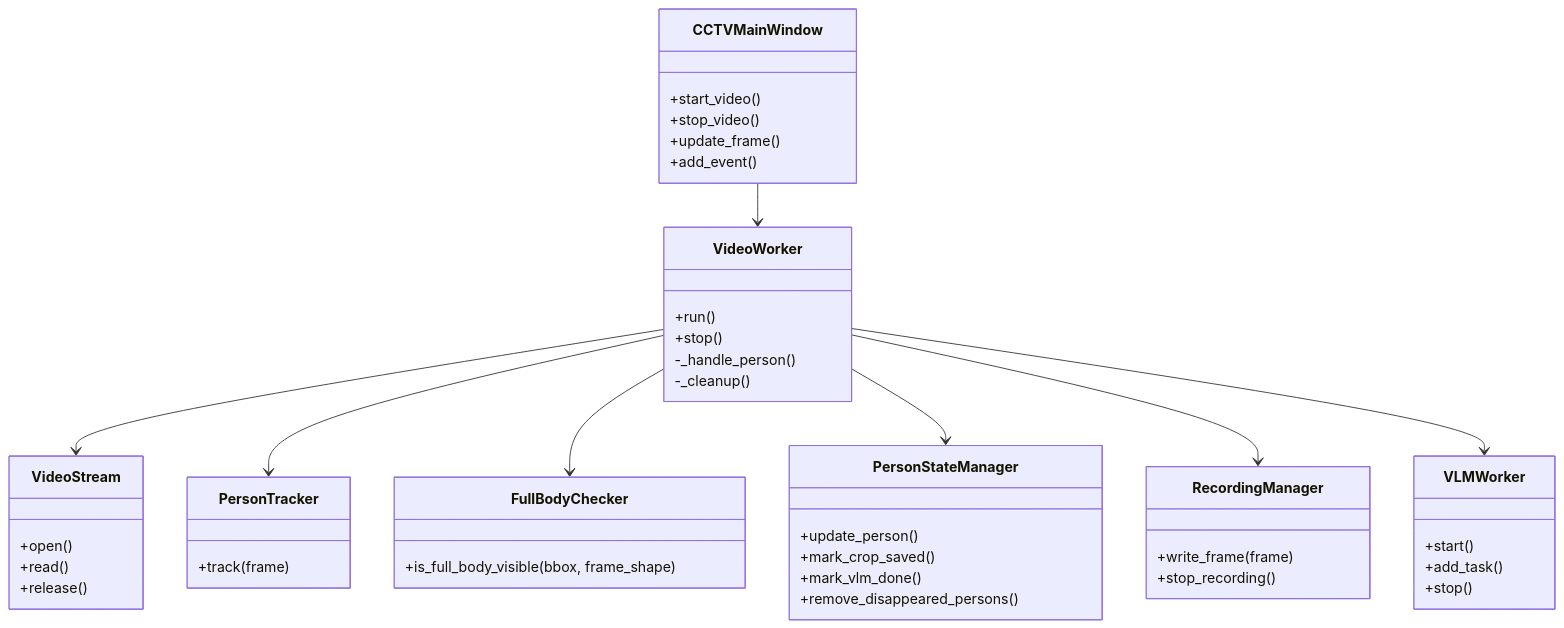
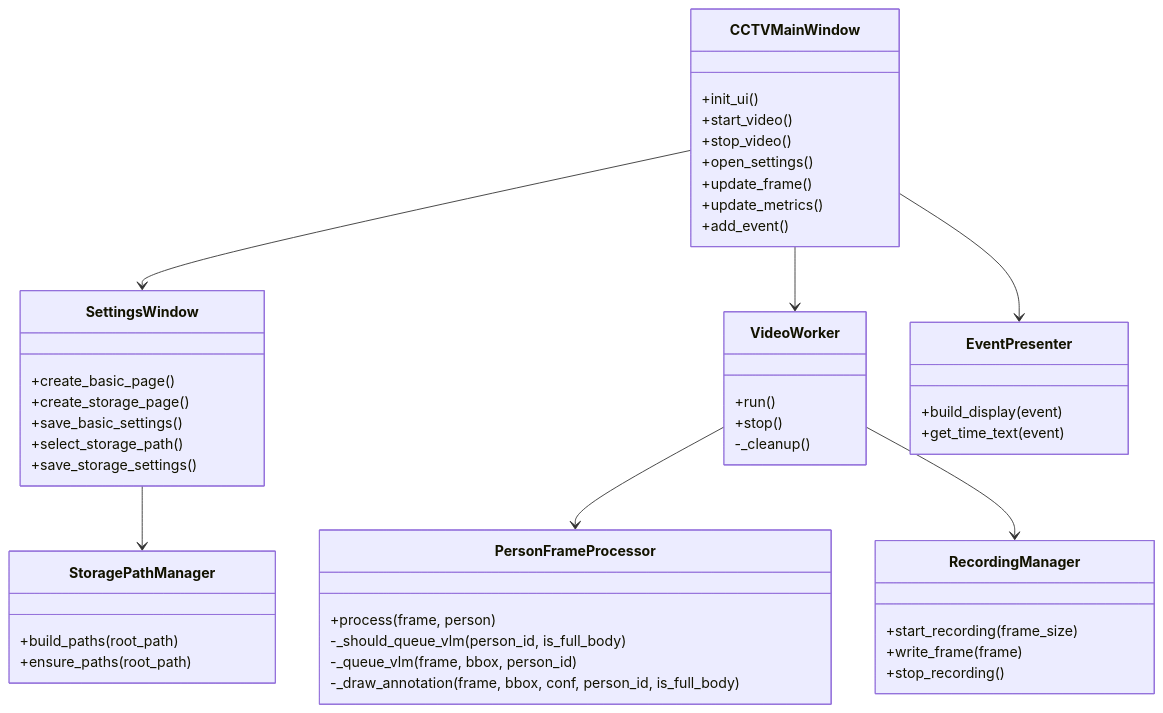
The second of 2 diagrams in flow.md (taegyu-heo-bigstar/AI_CCTV), drawn with Mermaid before and after one commit. The commit also changed other lines of this file and 34 other files, not shown here.

````diff
--- a/flow.md
+++ b/flow.md
@@ -56,49 +75,56 @@
 ```mermaid
 classDiagram
     class CCTVMainWindow {
+        +init_ui()
         +start_video()
         +stop_video()
+        +open_settings()
         +update_frame()
+        +update_metrics()
         +add_event()
     }
+
+    class SettingsWindow {
+        +create_basic_page()
+        +create_storage_page()
+        +save_basic_settings()
+        +select_storage_path()
+        +save_storage_settings()
+    }
+
+    class StoragePathManager {
+        +build_paths(root_path)
+        +ensure_paths(root_path)
+    }
+
     class VideoWorker {
         +run()
         +stop()
-        -_handle_person()
         -_cleanup()
     }
-    class VideoStream {
-        +open()
-        +read()
-        +release()
+
+    class PersonFrameProcessor {
+        +process(frame, person)
+        -_should_queue_vlm(person_id, is_full_body)
+        -_queue_vlm(frame, bbox, person_id)
+        -_draw_annotation(frame, bbox, conf, person_id, is_full_body)
     }
-    class PersonTracker {
-        +track(frame)
+
+    class EventPresenter {
+        +build_display(event)
+        +get_time_text(event)
     }
-    class FullBodyChecker {
-        +is_full_body_visible(bbox, frame_shape)
-    }
-    class PersonStateManager {
-        +update_person()
-        +mark_crop_saved()
-        +mark_vlm_done()
-        +remove_disappeared_persons()
-    }
+
     class RecordingManager {
+        +start_recording(frame_size)
         +write_frame(frame)
         +stop_recording()
     }
-    class VLMWorker {
-        +start()
-        +add_task()
-        +stop()
-    }
 
+    CCTVMainWindow --> SettingsWindow
     CCTVMainWindow --> VideoWorker
-    VideoWorker --> VideoStream
-    VideoWorker --> PersonTracker
-    VideoWorker --> FullBodyChecker
-    VideoWorker --> PersonStateManager
+    CCTVMainWindow --> EventPresenter
+    SettingsWindow --> StoragePathManager
+    VideoWorker --> PersonFrameProcessor
     VideoWorker --> RecordingManager
-    VideoWorker --> VLMWorker
 ```
````
